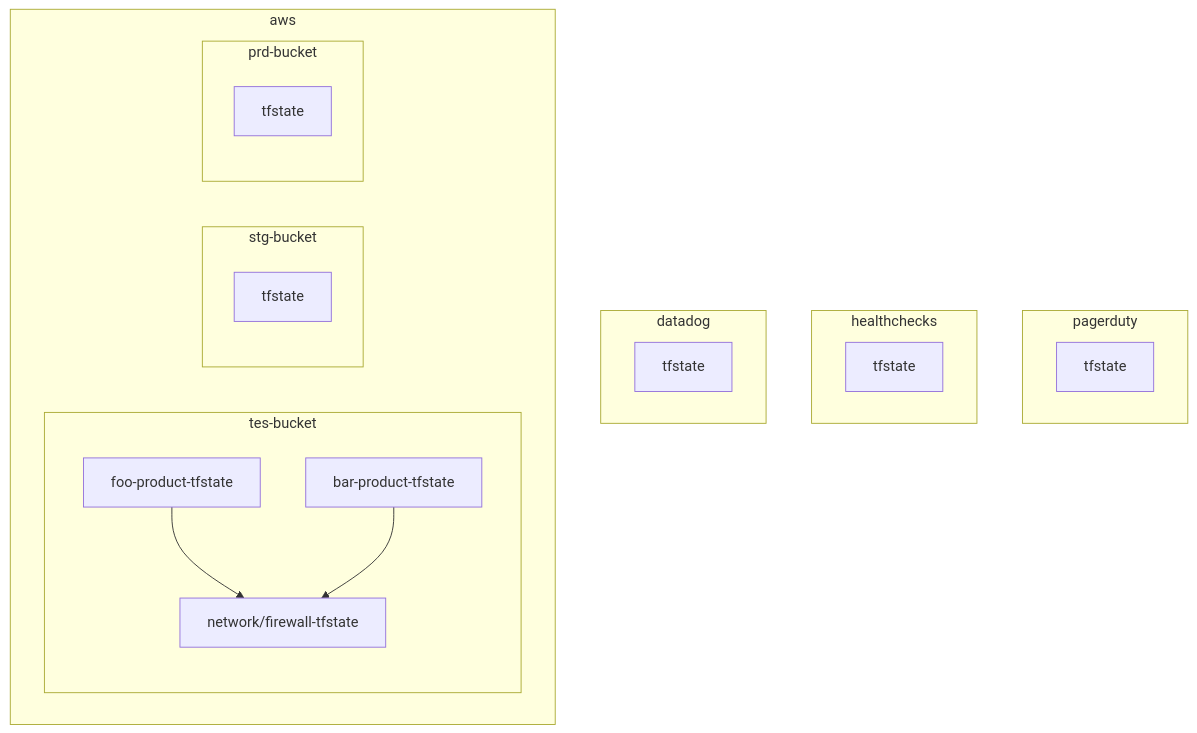
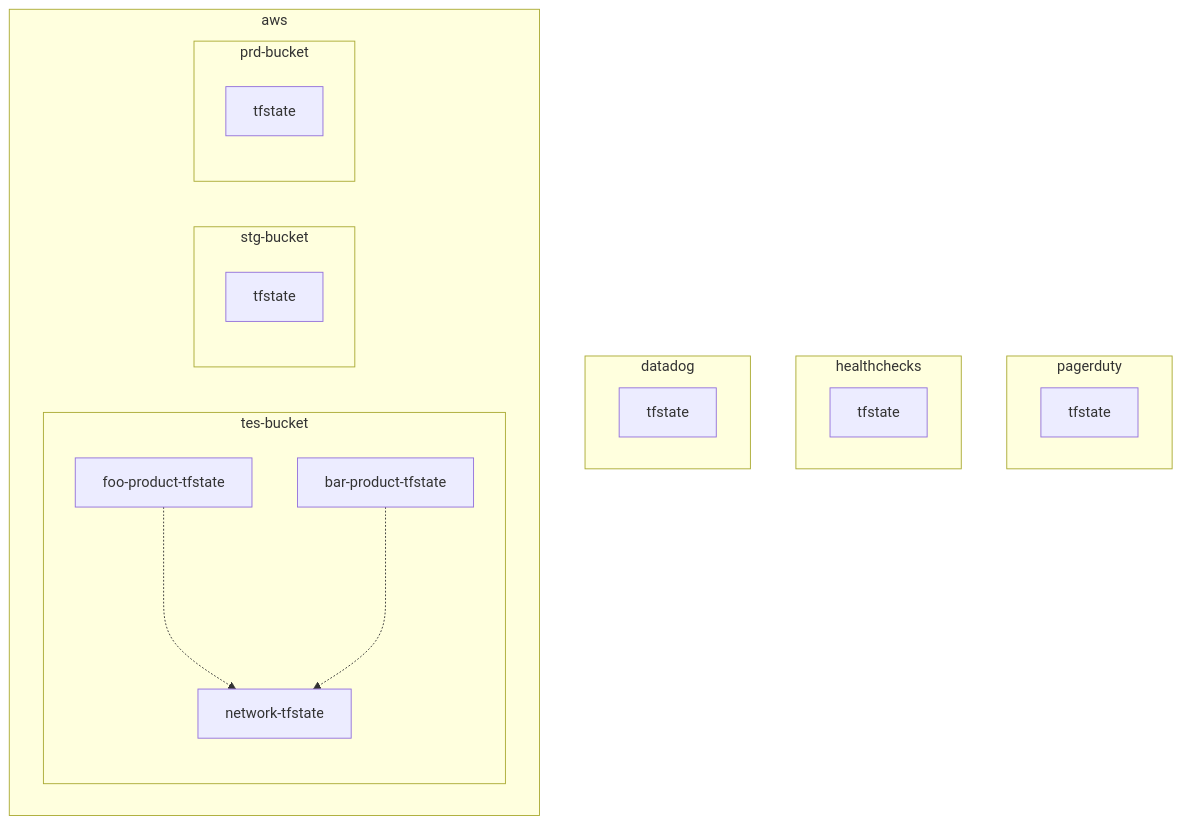
Before and after one commit to hiroki-it/tech-notebook: the third of 8 diagrams in docs/infrastructure_as_code/infrastructure_as_code_terraform_policy_tfstate.md, drawn with Mermaid. The commit also changed other lines of this file and 2 other files, not shown here.

````diff
--- a/docs/infrastructure_as_code/infrastructure_as_code_terraform_policy_tfstate.md
+++ b/docs/infrastructure_as_code/infrastructure_as_code_terraform_policy_tfstate.md
@@ -399,25 +401,26 @@
 ```mermaid
-graph TB
+%%{init:{'theme':'natural'}}%%
+flowchart TB
     subgraph pagerduty
         Pagerduty[tfstate]
     end
     subgraph healthchecks
         Healthchecks[tfstate]
     end
     subgraph datadog
         Datadog[tfstate]
     end
     subgraph aws
         subgraph tes-bucket
-            Foo[foo-product-tfstate]-->Network
-            Bar[bar-product-tfstate]-->Network
-            Network[network/firewall-tfstate]
+            Foo[foo-product-tfstate]-..->Network
+            Bar[bar-product-tfstate]-..->Network
+            Network[network-tfstate]
         end
     subgraph stg-bucket
         Stg[tfstate]
     end
     subgraph prd-bucket
         Prd[tfstate]
     end
     end
 ```
````
